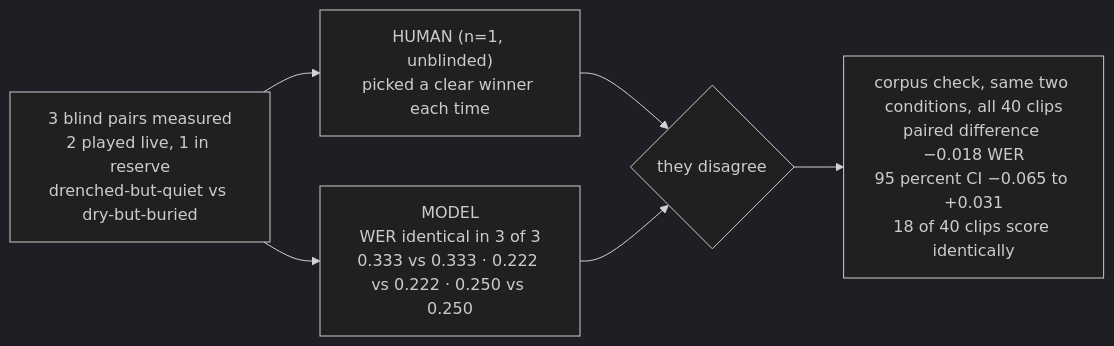
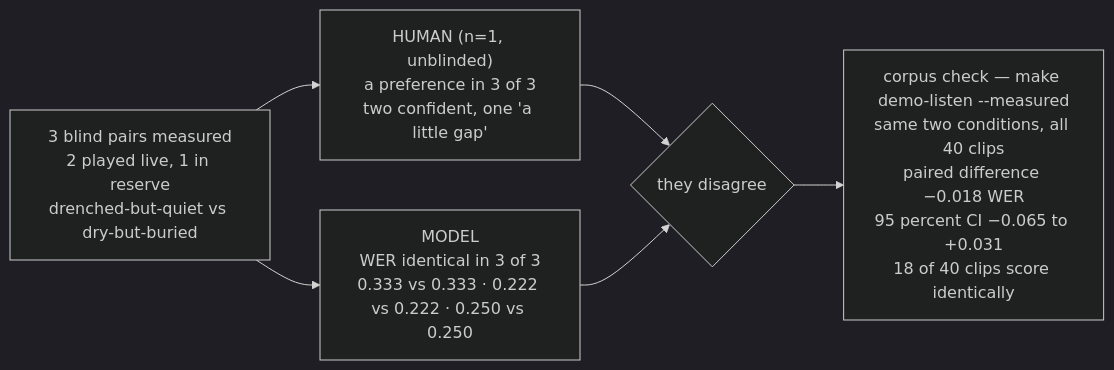
One commit to sundarsubramanian22/deadzone changed the second of 3 diagrams in README.md. Above: the diagram before and after it, drawn with Mermaid (dark theme). The commit also changed other lines of this file, not shown here.

````diff
--- a/README.md
+++ b/README.md
@@ -128,8 +126,8 @@
 ```mermaid
 flowchart LR
-  P["3 blind pairs measured<br/>2 played live, 1 in reserve<br/>drenched-but-quiet vs dry-but-buried"] --> H["HUMAN (n=1, unblinded)<br/>picked a clear winner each time"]
+  P["3 blind pairs measured<br/>2 played live, 1 in reserve<br/>drenched-but-quiet vs dry-but-buried"] --> H["HUMAN (n=1, unblinded)<br/>a preference in 3 of 3<br/>two confident, one 'a little gap'"]
   P --> M["MODEL<br/>WER identical in 3 of 3<br/>0.333 vs 0.333 · 0.222 vs 0.222 · 0.250 vs 0.250"]
   H --> D{"they disagree"}
   M --> D
-  D --> C["corpus check, same two conditions, all 40 clips<br/>paired difference −0.018 WER<br/>95 percent CI −0.065 to +0.031<br/>18 of 40 clips score identically"]
+  D --> C["corpus check — make demo-listen --measured<br/>same two conditions, all 40 clips<br/>paired difference −0.018 WER<br/>95 percent CI −0.065 to +0.031<br/>18 of 40 clips score identically"]
 ```
````
